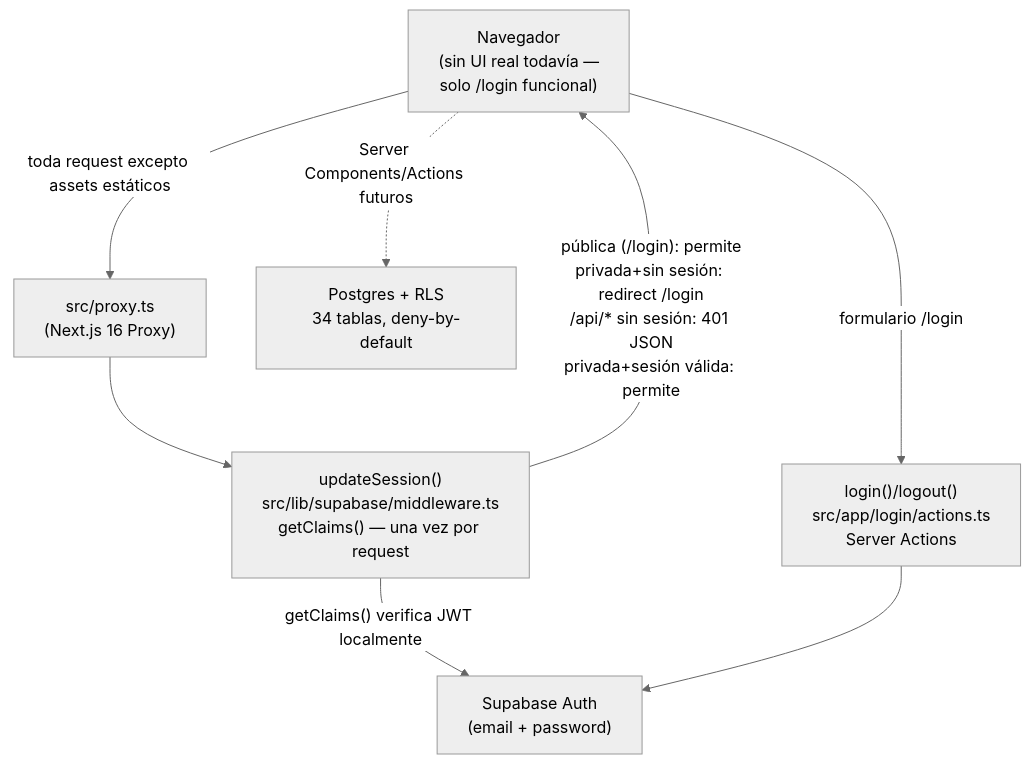
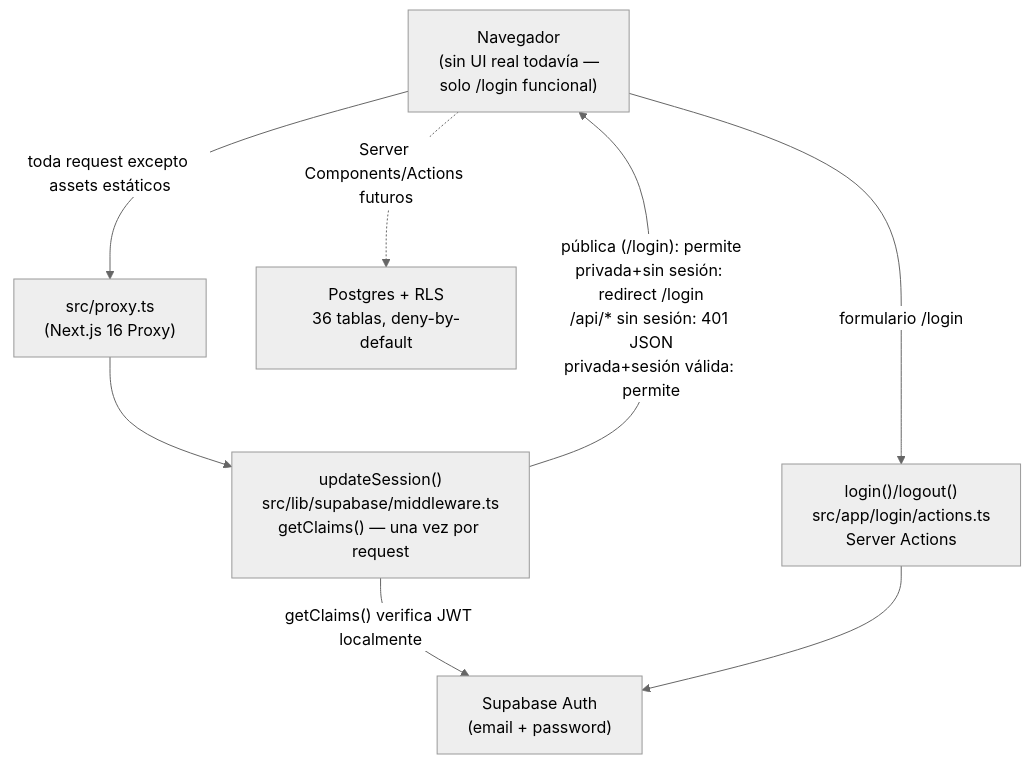
The first of 2 diagrams in ARCHITECTURE.md (sebastianbarreragiuffra-crypto/workera), drawn with Mermaid (neutral theme) before and after one commit. The commit also changed other lines of this file and 8 other files, not shown here.

````diff
--- a/ARCHITECTURE.md
+++ b/ARCHITECTURE.md
@@ -32,17 +33,17 @@
 ```mermaid
 flowchart TD
     Browser["Navegador<br/>(sin UI real todavía —<br/>solo /login funcional)"]
     Proxy["src/proxy.ts<br/>(Next.js 16 Proxy)"]
     Guard["updateSession()<br/>src/lib/supabase/middleware.ts<br/>getClaims() — una vez por request"]
     Auth["Supabase Auth<br/>(email + password)"]
-    RLS["Postgres + RLS<br/>34 tablas, deny-by-default"]
+    RLS["Postgres + RLS<br/>36 tablas, deny-by-default"]
     LoginAction["login()/logout()<br/>src/app/login/actions.ts<br/>Server Actions"]
 
     Browser -->|"toda request excepto assets estáticos"| Proxy
     Proxy --> Guard
     Guard -->|"getClaims() verifica JWT localmente"| Auth
     Guard -->|"pública (/login): permite<br/>privada+sin sesión: redirect /login<br/>/api/* sin sesión: 401 JSON<br/>privada+sesión válida: permite"| Browser
     Browser -->|"formulario /login"| LoginAction
     LoginAction --> Auth
     Browser -.->|"Server Components/Actions futuros"| RLS
 ```
````
